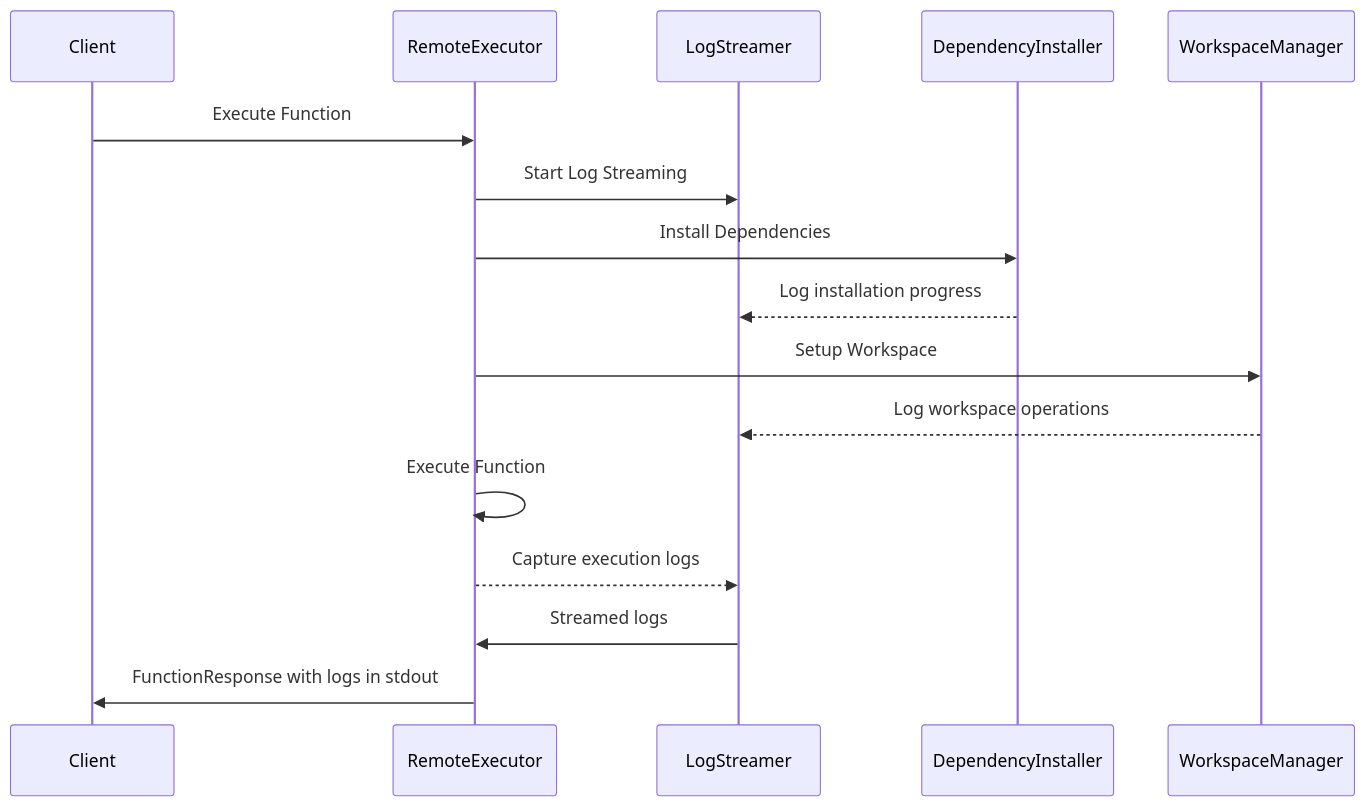
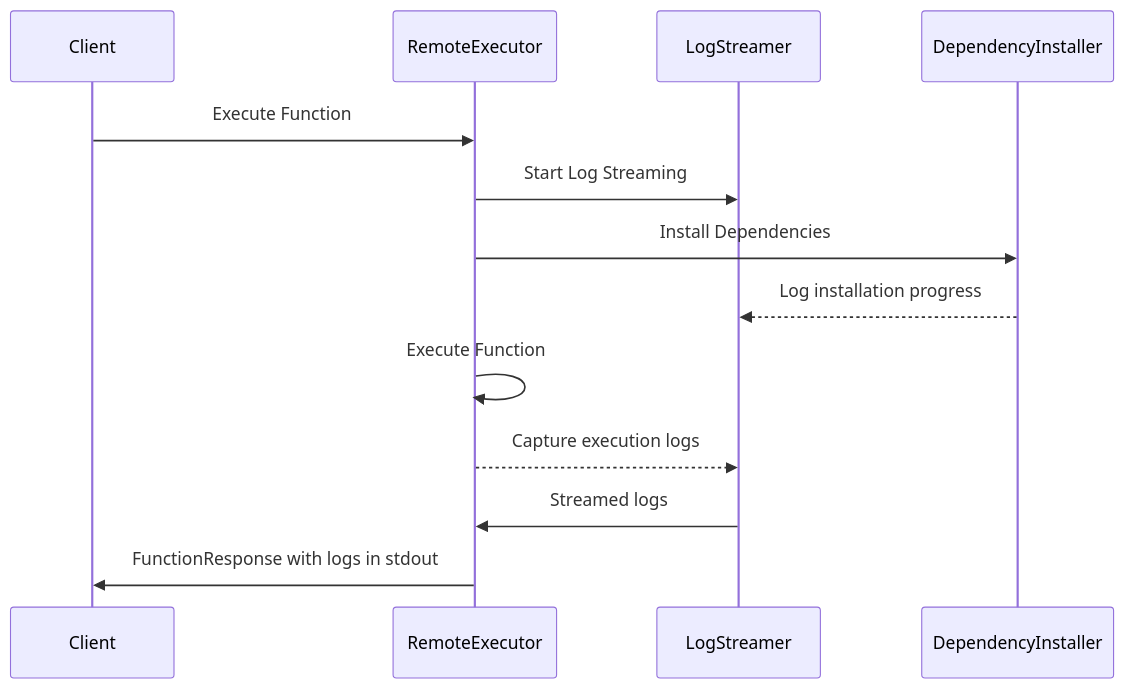
Before and after one commit to runpod-workers/worker-tetra: the second of 2 diagrams in docs/Centralized_Log_Streaming_System.md, drawn with Mermaid. The commit also changed 50 other files, not shown here.

````diff
--- a/docs/Centralized_Log_Streaming_System.md
+++ b/docs/Centralized_Log_Streaming_System.md
@@ -32,19 +32,16 @@
 ```mermaid
 sequenceDiagram
     participant C as Client
     participant RE as RemoteExecutor
     participant LS as LogStreamer
     participant DI as DependencyInstaller
-    participant WM as WorkspaceManager
 
     C->>RE: Execute Function
     RE->>LS: Start Log Streaming
     RE->>DI: Install Dependencies
     DI-->>LS: Log installation progress
-    RE->>WM: Setup Workspace
-    WM-->>LS: Log workspace operations
     RE->>RE: Execute Function
     RE-->>LS: Capture execution logs
     LS->>RE: Streamed logs
     RE->>C: FunctionResponse with logs in stdout
 ```
````
